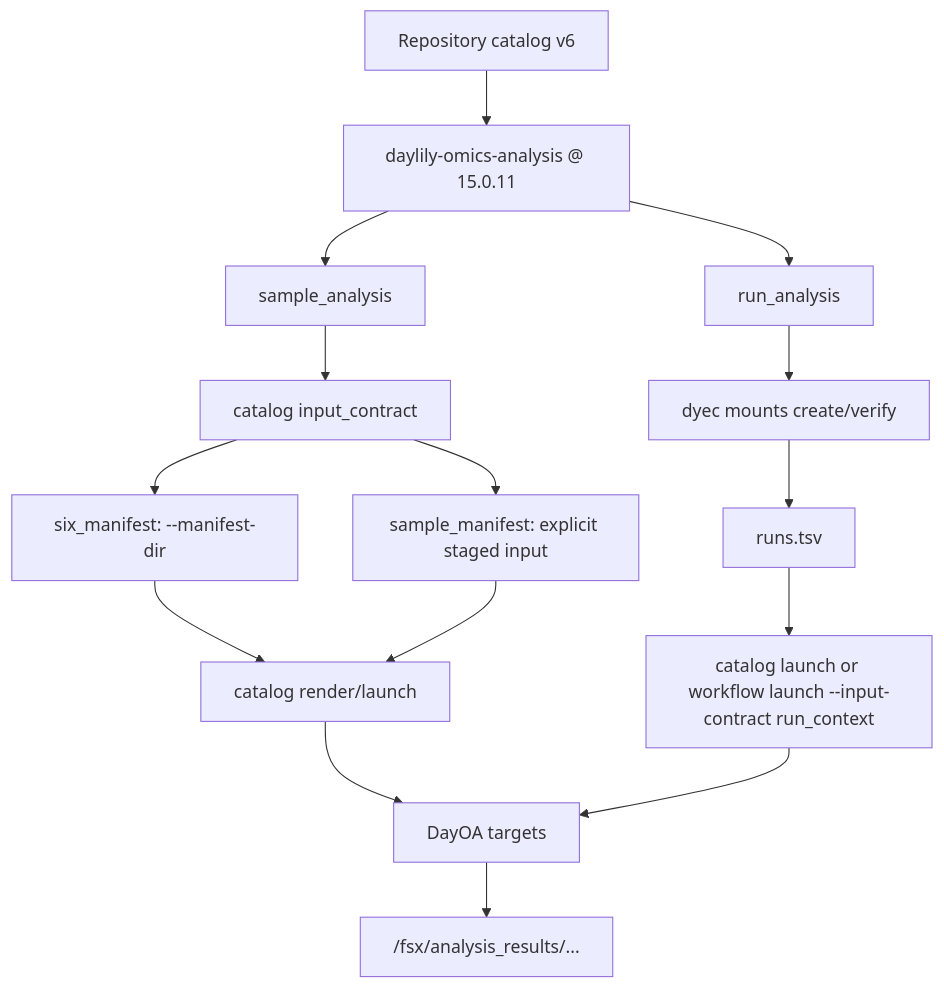
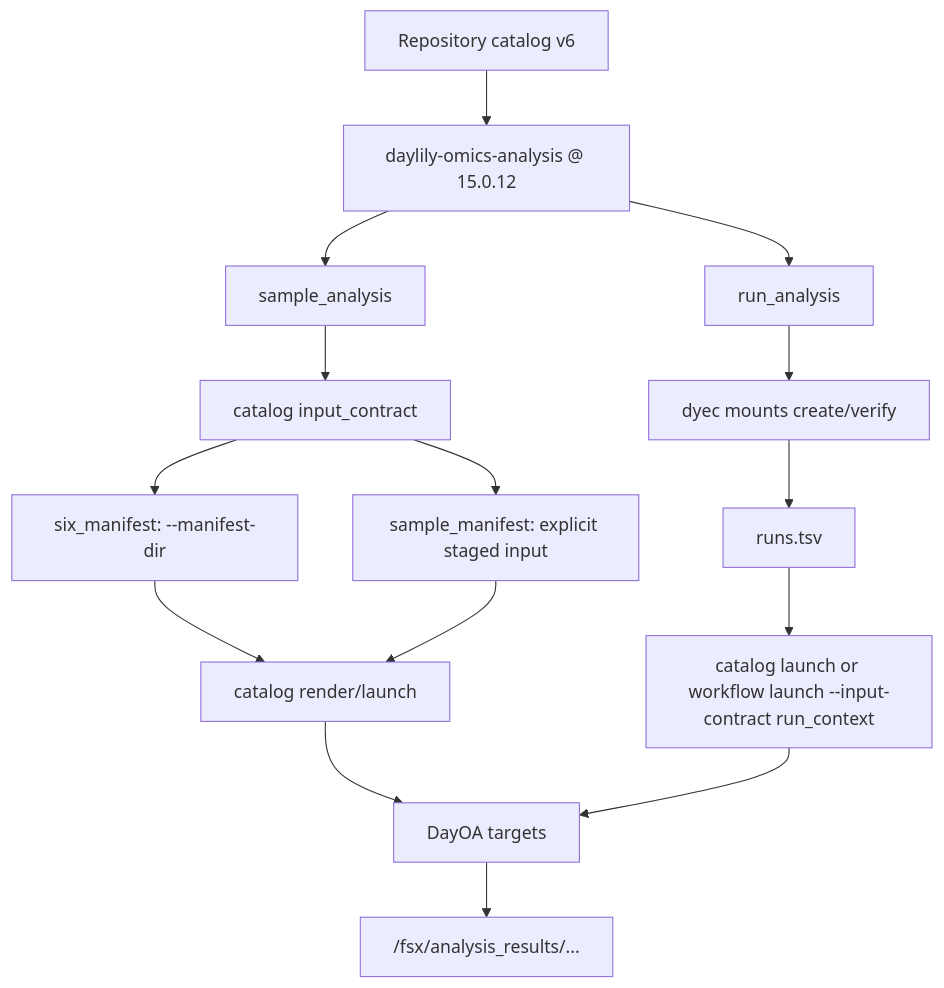
The third of 3 diagrams in docs/dra_fsx_strategy.md (Daylily-Informatics/daylily-ephemeral-cluster), drawn with Mermaid before and after one commit. The commit also changed other lines of this file and 24 other files, not shown here.

````diff
--- a/docs/dra_fsx_strategy.md
+++ b/docs/dra_fsx_strategy.md
@@ -110,20 +110,20 @@
 ```mermaid
 flowchart TB
-  Catalog["Repository catalog v6"] --> Repo["daylily-omics-analysis @ 15.0.11"]
+  Catalog["Repository catalog v6"] --> Repo["daylily-omics-analysis @ 15.0.12"]
   Repo --> Sample["sample_analysis"]
   Repo --> Run["run_analysis"]
 
   Sample --> Contract["catalog input_contract"]
   Contract --> Six["six_manifest: --manifest-dir"]
   Contract --> Legacy["sample_manifest: explicit staged input"]
   Six --> LaunchA["catalog render/launch"]
   Legacy --> LaunchA
 
   Run --> Mount["dyec mounts create/verify"]
   Mount --> Runs["runs.tsv"]
   Runs --> LaunchB["catalog launch or workflow launch --input-contract run_context"]
 
   LaunchA --> DayOA["DayOA targets"]
   LaunchB --> DayOA
   DayOA --> Results["/fsx/analysis_results/..."]
 ```
````
